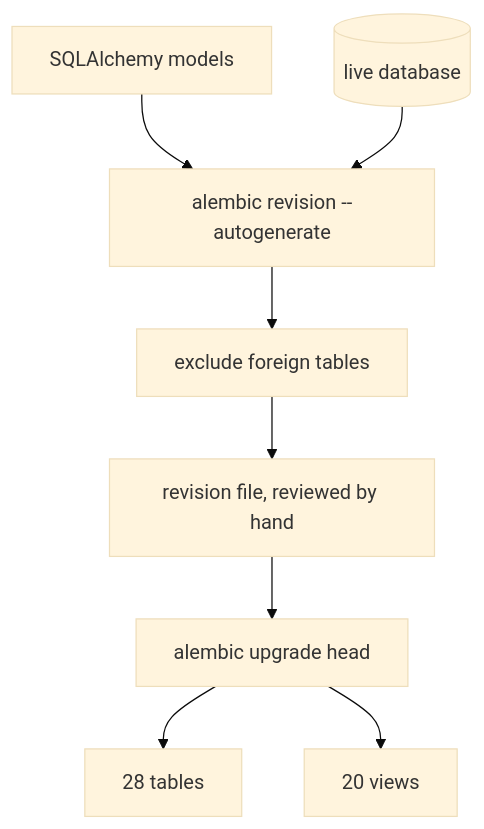
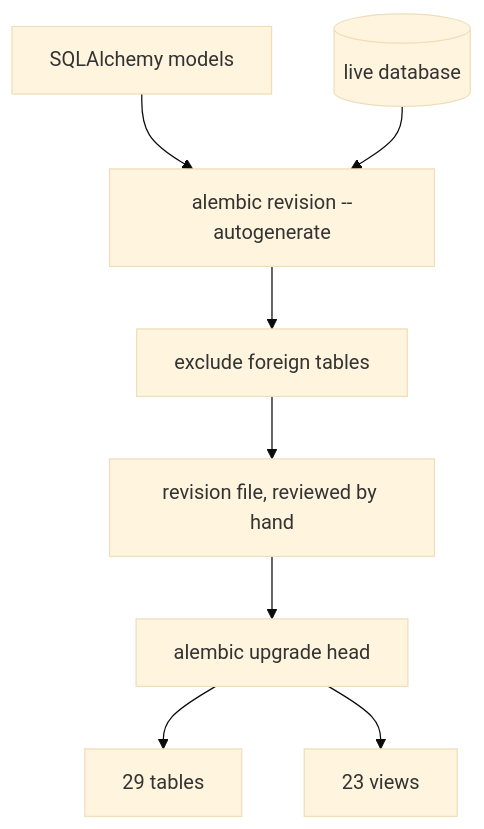
Before and after one commit to Ahmedbakr78/Web-to-Warehouse-Product-Intelligence-Pipeline: the first of 2 diagrams in docs/28_schema_and_migrations.md, drawn with Mermaid (base theme). The commit also changed other lines of this file and 92 other files, not shown here.

````diff
--- a/docs/28_schema_and_migrations.md
+++ b/docs/28_schema_and_migrations.md
@@ -52,10 +52,10 @@
 ```mermaid
 flowchart TD
   models[SQLAlchemy models] --> autogen[alembic revision --autogenerate]
   live[(live database)] --> autogen
   autogen --> exclude[exclude foreign tables]
   exclude --> revision[revision file, reviewed by hand]
   revision --> apply[alembic upgrade head]
-  apply --> tables[28 tables]
-  apply --> views[20 views]
+  apply --> tables[29 tables]
+  apply --> views[23 views]
 ```
````
